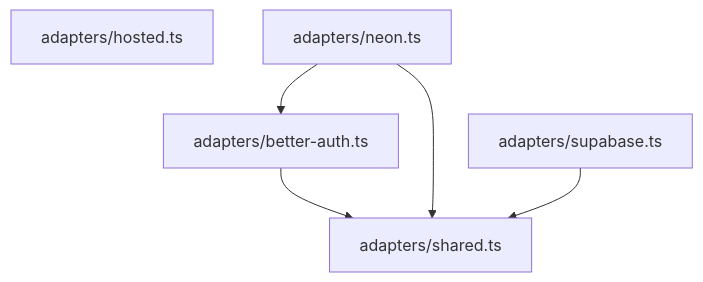
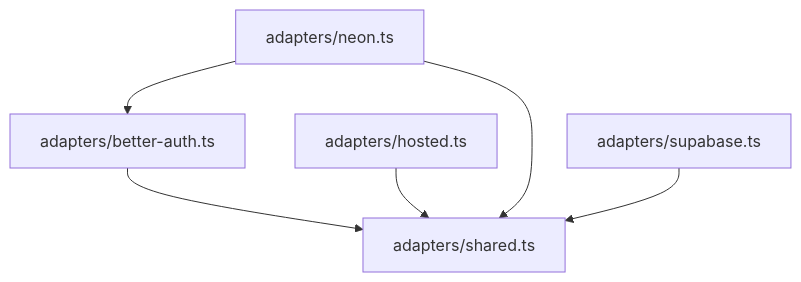
The third of 4 diagrams in docs/CODE_GRAPH.md (ntustRay/web-authentication-component), drawn with Mermaid before and after one commit. The commit also changed other lines of this file and 30 other files, not shown here.

First line of the commit message:
fix: harden authentication lifecycle and React flows for 0.2.0

````diff
--- a/docs/CODE_GRAPH.md
+++ b/docs/CODE_GRAPH.md
@@ -68,12 +73,13 @@
 ```mermaid
 flowchart TD
   n0["adapters/better-auth.ts"]
   n1["adapters/hosted.ts"]
   n2["adapters/neon.ts"]
   n3["adapters/shared.ts"]
   n4["adapters/supabase.ts"]
   n0 --> n3
+  n1 --> n3
   n2 --> n0
   n2 --> n3
   n4 --> n3
 ```
````
